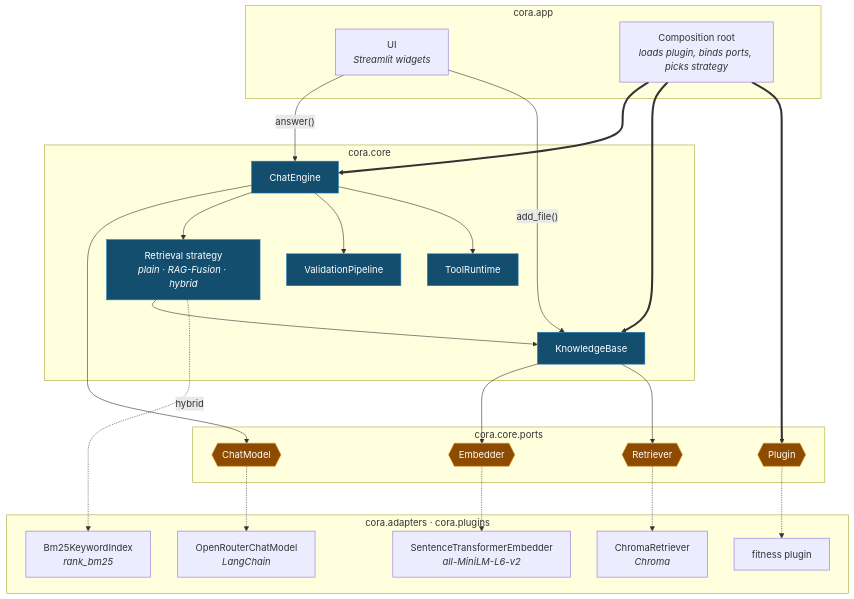
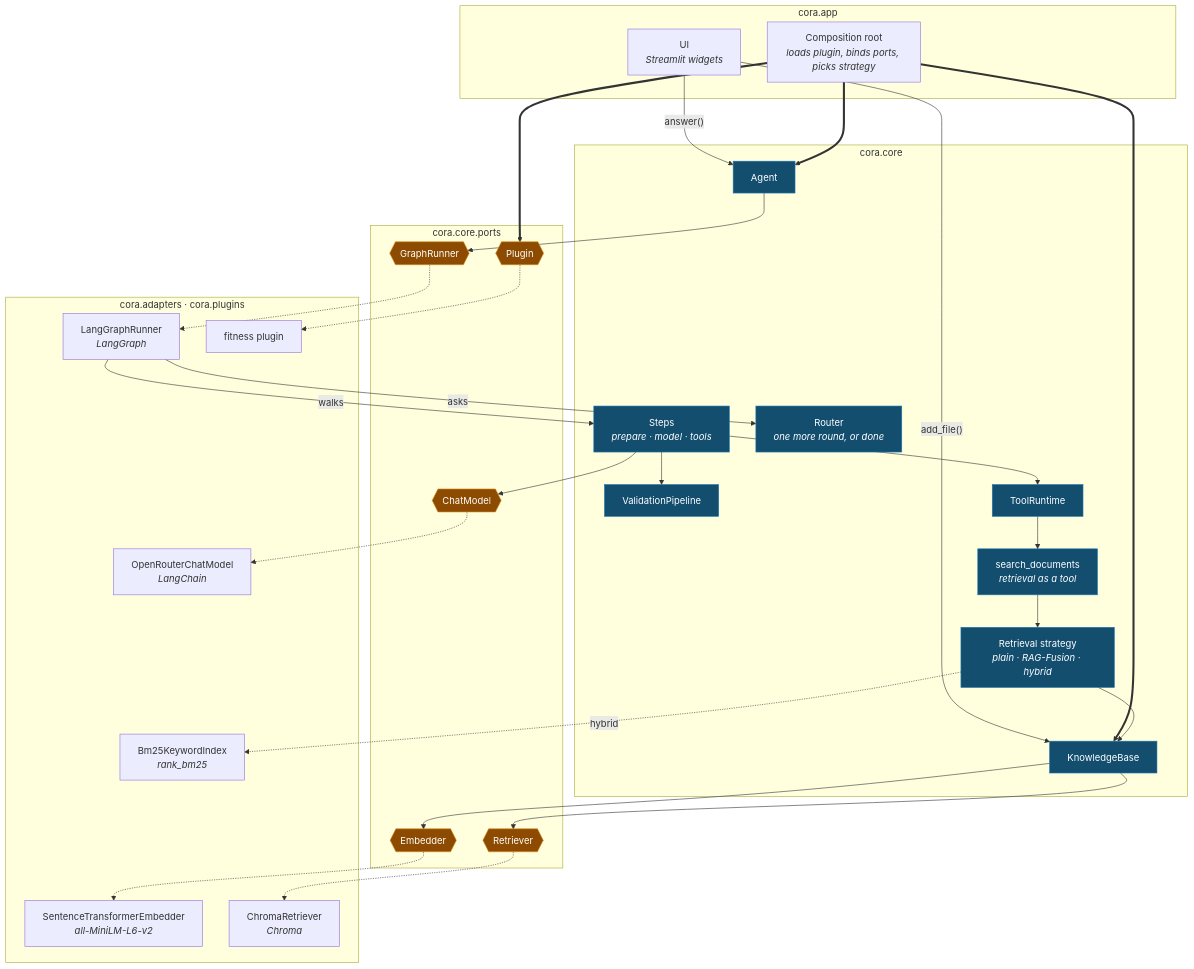
Before and after one commit to aschog/cora: the diagram in docs/big-picture.md, drawn with Mermaid. The commit also changed other lines of this file and 65 other files, not shown here.

````diff
--- a/docs/big-picture.md
+++ b/docs/big-picture.md
@@ -10,54 +10,64 @@
 ```mermaid
 %%{init: {"flowchart": {"nodeSpacing": 45, "rankSpacing": 55, "curve": "basis"}}}%%
 flowchart TB
   subgraph shell["cora.app"]
     ui["UI<br/><i>Streamlit widgets</i>"]
     root["Composition root<br/><i>loads plugin, binds ports, picks strategy</i>"]
   end
 
   subgraph core["cora.core"]
-    engine["ChatEngine"]
+    agent["Agent"]
+    steps["Steps<br/><i>prepare · model · tools</i>"]
+    router["Router<br/><i>one more round, or done</i>"]
     val["ValidationPipeline"]
+    rt["ToolRuntime"]
+    search["search_documents<br/><i>retrieval as a tool</i>"]
     retr["Retrieval strategy<br/><i>plain · RAG-Fusion · hybrid</i>"]
     kb["KnowledgeBase"]
-    rt["ToolRuntime"]
   end
 
   subgraph seam["cora.core.ports"]
+    gr{{"GraphRunner"}}
     cm{{"ChatModel"}}
     emb{{"Embedder"}}
     ret{{"Retriever"}}
     plug{{"Plugin"}}
   end
 
   subgraph infra["cora.adapters · cora.plugins"]
+    lg["LangGraphRunner<br/><i>LangGraph</i>"]
     orc["OpenRouterChatModel<br/><i>LangChain</i>"]
     ste["SentenceTransformerEmbedder<br/><i>all-MiniLM-L6-v2</i>"]
     chroma["ChromaRetriever<br/><i>Chroma</i>"]
     bm25["Bm25KeywordIndex<br/><i>rank_bm25</i>"]
     fit["fitness plugin"]
   end
 
-  ui -->|"answer()"| engine
+  ui -->|"answer()"| agent
   ui -->|"add_file()"| kb
-  root ==> engine
+  root ==> agent
   root ==> kb
   root ==> plug
-  engine --> cm
-  engine --> retr
-  engine --> val
-  engine --> rt
+  agent --> gr
+  lg -->|"walks"| steps
+  lg -->|"asks"| router
+  steps --> cm
+  steps --> val
+  steps --> rt
+  rt --> search
+  search --> retr
   retr --> kb
   kb --> emb
   kb --> ret
   retr -.->|"hybrid"| bm25
+  gr -.-> lg
   cm -.-> orc
   emb -.-> ste
   ret -.-> chroma
   plug -.-> fit
 
   classDef port fill:#8c4b00,stroke:#d98a1f,color:#fff;
   classDef logic fill:#134e6f,stroke:#1f78b4,color:#fff;
-  class cm,emb,ret,plug port;
-  class engine,val,retr,kb,rt logic;
+  class gr,cm,emb,ret,plug port;
+  class agent,steps,router,val,rt,search,retr,kb logic;
 ```
````
